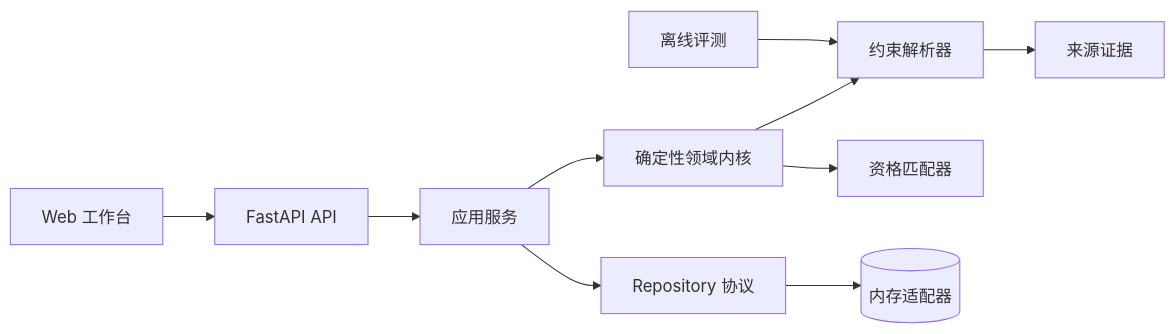
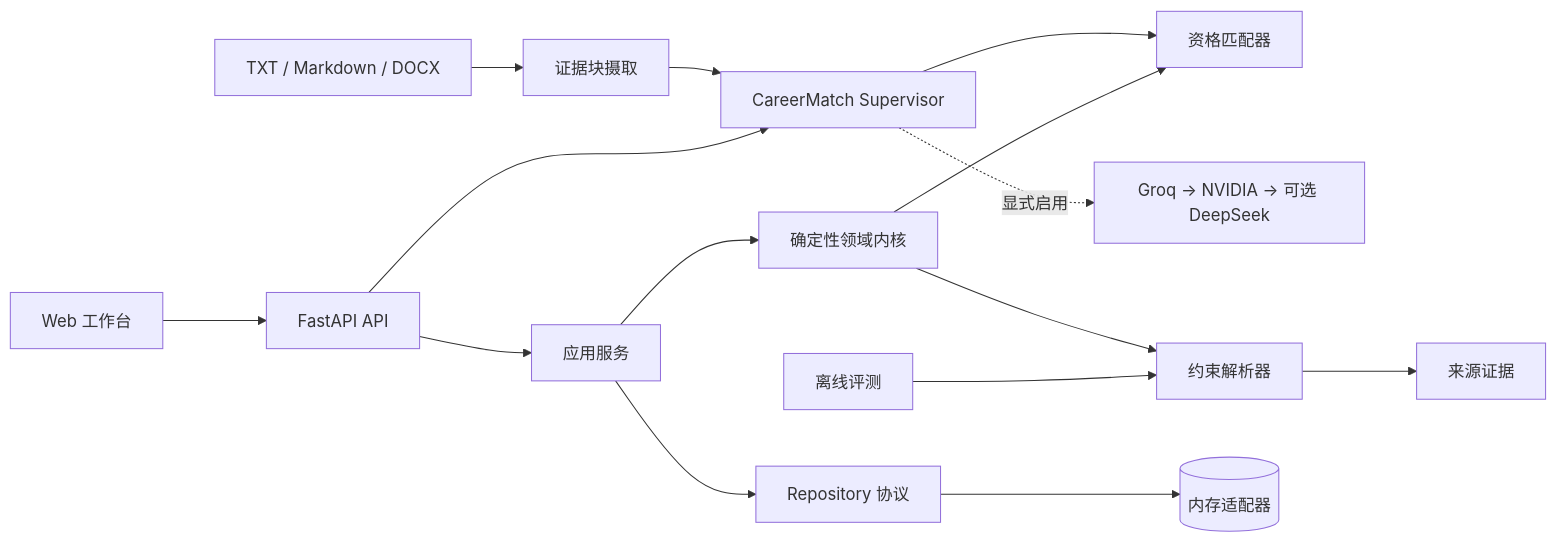
Before and after one commit to eulermonica6-hub/Lina_Agent: the diagram in README.md, drawn with Mermaid. The commit also changed other lines of this file and 36 other files, not shown here.

Commit message:
Build initial evidence-backed career agent

````diff
--- a/README.md
+++ b/README.md
@@ -41,12 +49,17 @@
 ```mermaid
 flowchart LR
+    FILE[TXT / Markdown / DOCX] --> INGEST[证据块摄取]
+    INGEST --> AGENT[CareerMatch Supervisor]
+    AGENT --> MATCHER[技能证据排序]
+    AGENT -. 显式启用 .-> LLM[Groq → NVIDIA → 可选 DeepSeek]
     UI[Web 工作台] --> API[FastAPI API]
     API --> APP[应用服务]
     APP --> REPO[Repository 协议]
     APP --> DOMAIN[确定性领域内核]
     DOMAIN --> PARSER[约束解析器]
     DOMAIN --> MATCHER[资格匹配器]
     PARSER --> EVIDENCE[来源证据]
     EVAL[离线评测] --> PARSER
     REPO --> MEMORY[(内存适配器)]
+    API --> AGENT
 ```
````
